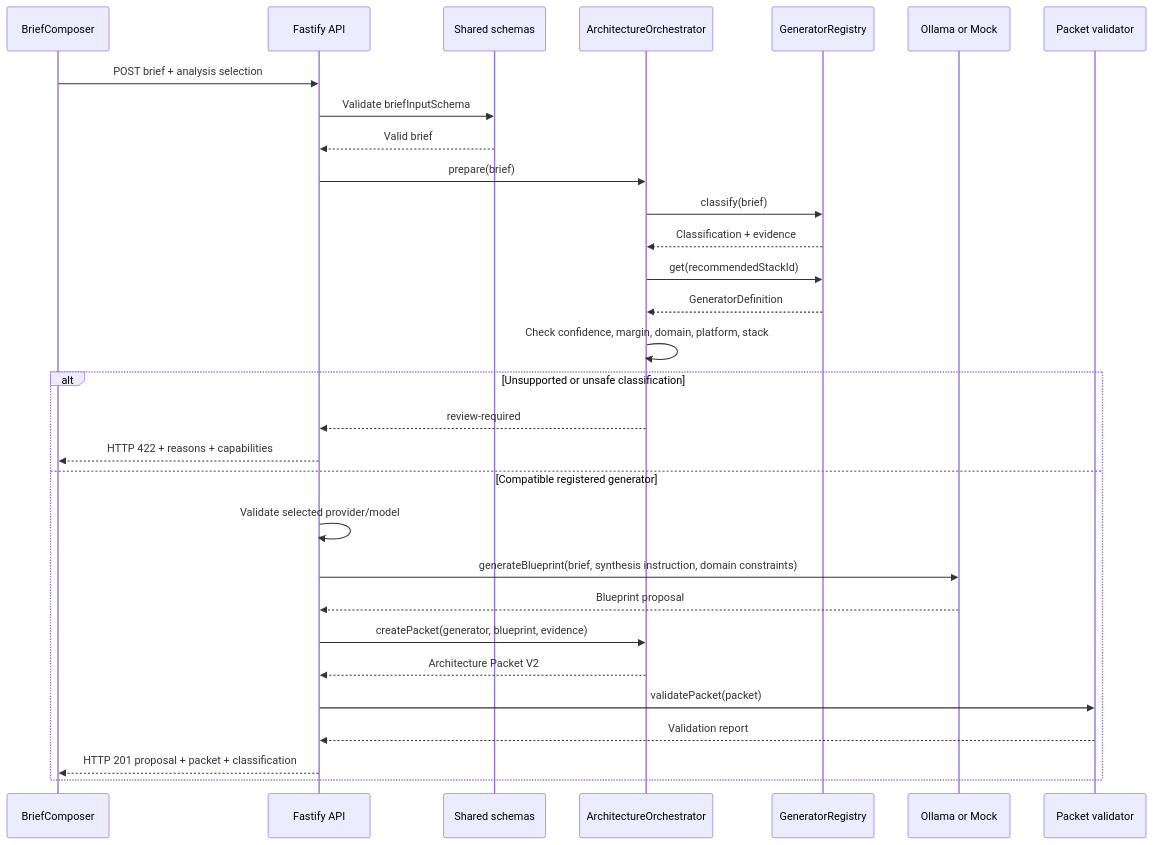
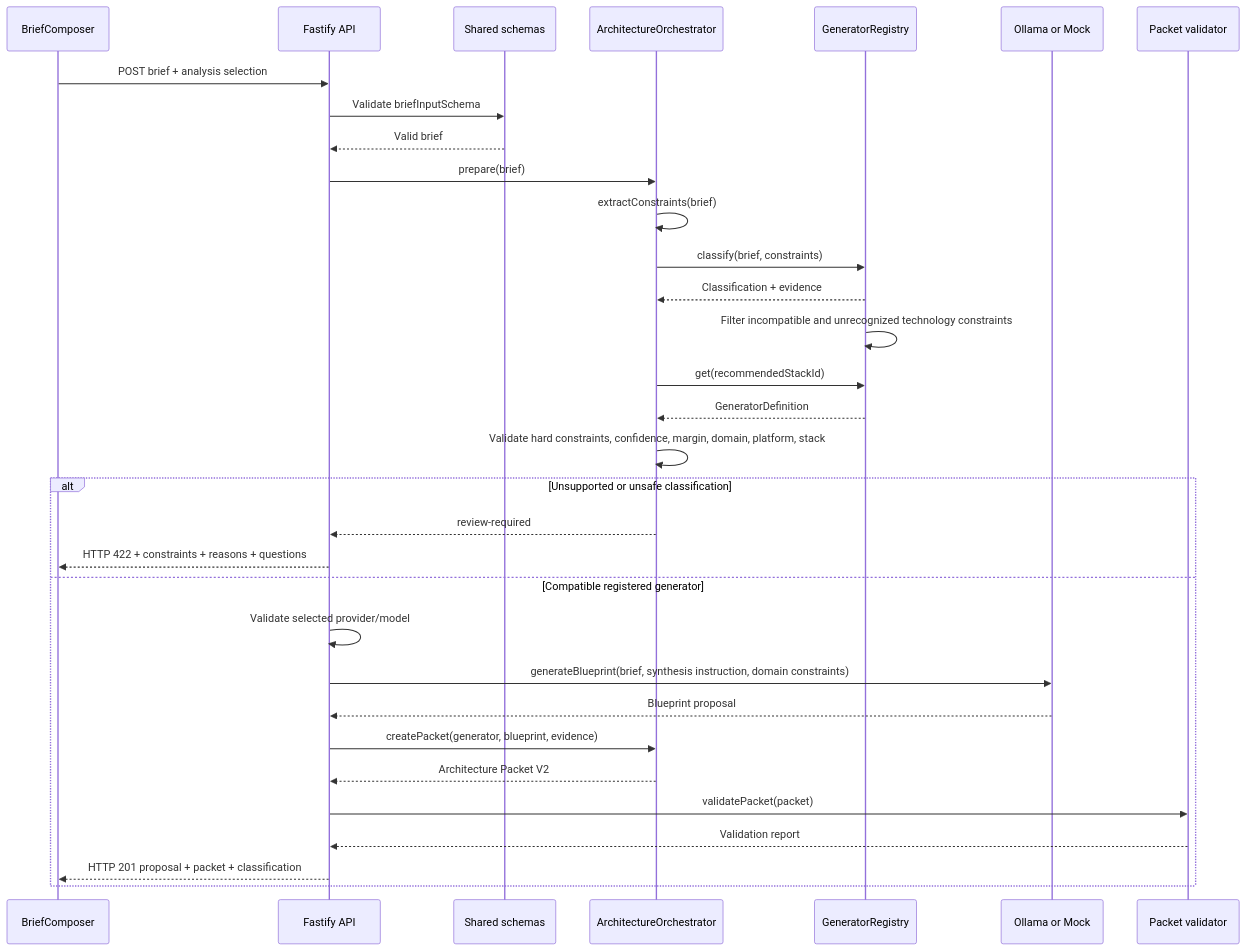
One commit to russell-henderson/the-vault changed the third of 6 diagrams in INFO.md. Above: the diagram before and after it, drawn with Mermaid. The commit also changed other lines of this file and 14 other files, not shown here.

````diff
--- a/INFO.md
+++ b/INFO.md
@@ -154,34 +155,36 @@
 ```mermaid
 sequenceDiagram
     participant UI as BriefComposer
     participant API as Fastify API
     participant Zod as Shared schemas
     participant O as ArchitectureOrchestrator
     participant R as GeneratorRegistry
     participant P as Ollama or Mock
     participant V as Packet validator
 
     UI->>API: POST brief + analysis selection
     API->>Zod: Validate briefInputSchema
     Zod-->>API: Valid brief
     API->>O: prepare(brief)
-    O->>R: classify(brief)
+    O->>O: extractConstraints(brief)
+    O->>R: classify(brief, constraints)
     R-->>O: Classification + evidence
+    R->>R: Filter incompatible and unrecognized technology constraints
     O->>R: get(recommendedStackId)
     R-->>O: GeneratorDefinition
-    O->>O: Check confidence, margin, domain, platform, stack
+    O->>O: Validate hard constraints, confidence, margin, domain, platform, stack
 
     alt Unsupported or unsafe classification
         O-->>API: review-required
-        API-->>UI: HTTP 422 + reasons + capabilities
+        API-->>UI: HTTP 422 + constraints + reasons + questions
     else Compatible registered generator
         API->>API: Validate selected provider/model
         API->>P: generateBlueprint(brief, synthesis instruction, domain constraints)
         P-->>API: Blueprint proposal
         API->>O: createPacket(generator, blueprint, evidence)
         O-->>API: Architecture Packet V2
         API->>V: validatePacket(packet)
         V-->>API: Validation report
         API-->>UI: HTTP 201 proposal + packet + classification
     end
 ```
````
